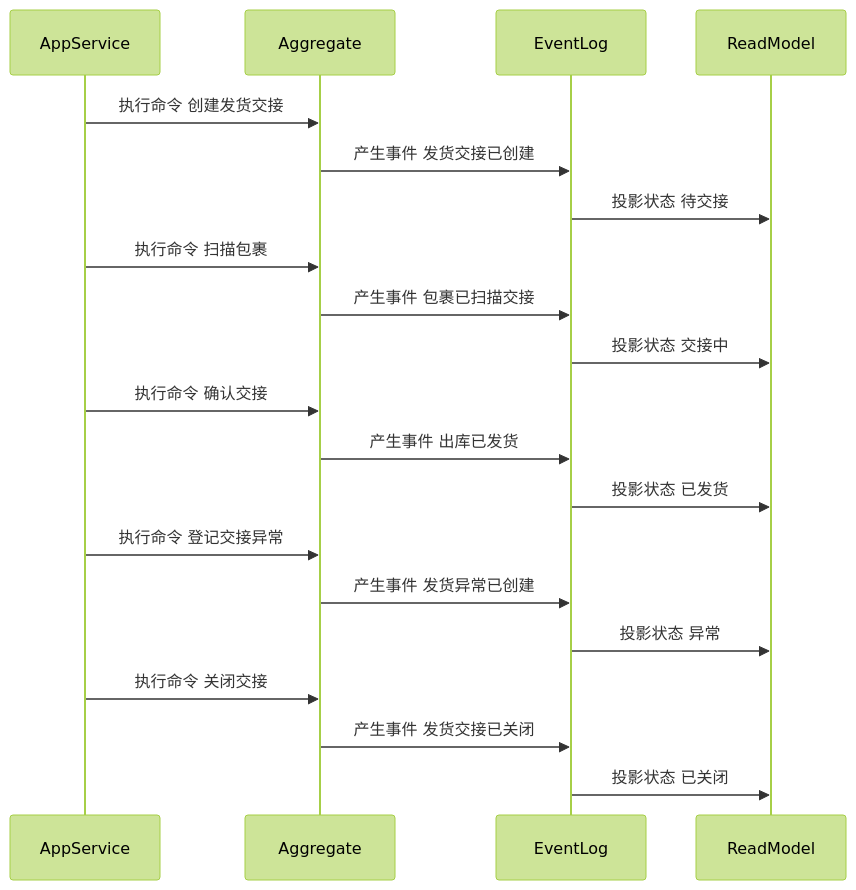
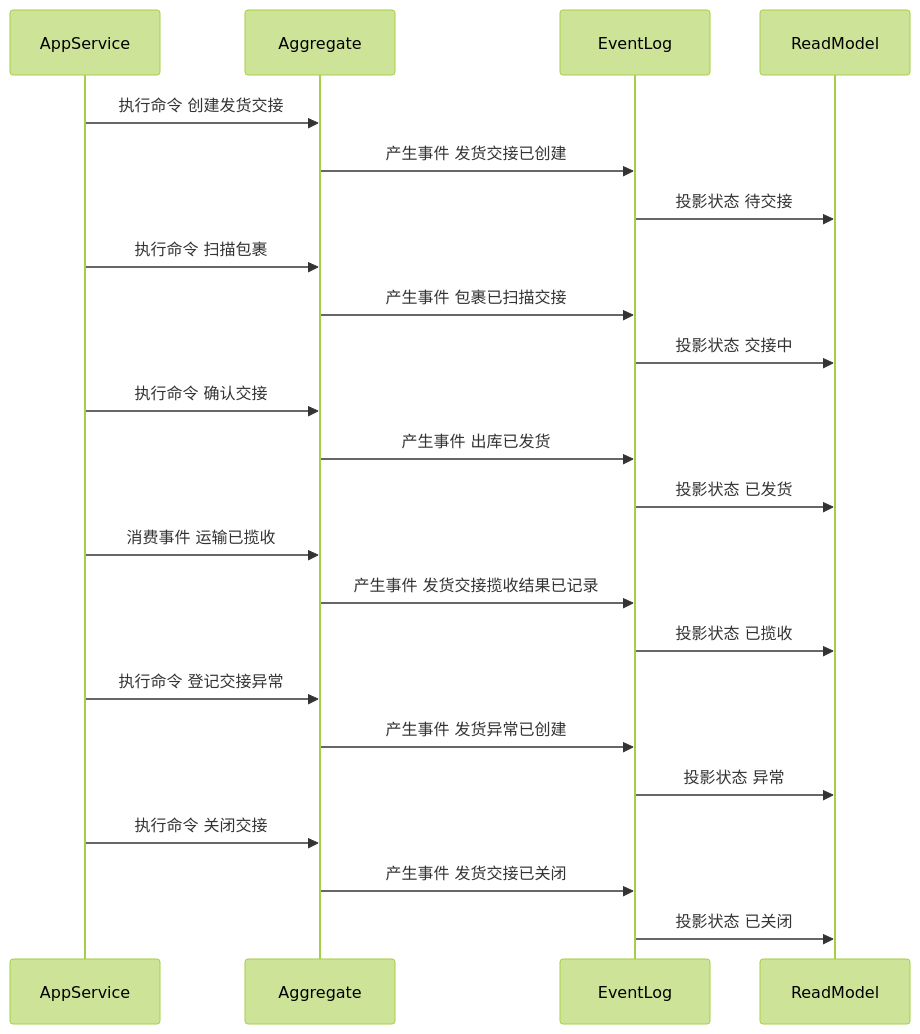
One commit to chao1927/scm changed the sixth of 6 diagrams in docs/03-核心业务模型/03-WMS领域模型/12-发货交接聚合CQRS设计.md. Above: the diagram before and after it, drawn with Mermaid (forest theme). The commit also changed other lines of this file and 118 other files, not shown here.

````diff
--- a/docs/03-核心业务模型/03-WMS领域模型/12-发货交接聚合CQRS设计.md
+++ b/docs/03-核心业务模型/03-WMS领域模型/12-发货交接聚合CQRS设计.md
@@ -258,23 +267,26 @@
 ```mermaid
 sequenceDiagram
     participant AppService
     participant Aggregate
     participant EventLog
     participant ReadModel
 
     AppService->>Aggregate: 执行命令 创建发货交接
     Aggregate->>EventLog: 产生事件 发货交接已创建
     EventLog->>ReadModel: 投影状态 待交接
     AppService->>Aggregate: 执行命令 扫描包裹
     Aggregate->>EventLog: 产生事件 包裹已扫描交接
     EventLog->>ReadModel: 投影状态 交接中
     AppService->>Aggregate: 执行命令 确认交接
     Aggregate->>EventLog: 产生事件 出库已发货
     EventLog->>ReadModel: 投影状态 已发货
+    AppService->>Aggregate: 消费事件 运输已揽收
+    Aggregate->>EventLog: 产生事件 发货交接揽收结果已记录
+    EventLog->>ReadModel: 投影状态 已揽收
     AppService->>Aggregate: 执行命令 登记交接异常
     Aggregate->>EventLog: 产生事件 发货异常已创建
     EventLog->>ReadModel: 投影状态 异常
     AppService->>Aggregate: 执行命令 关闭交接
     Aggregate->>EventLog: 产生事件 发货交接已关闭
     EventLog->>ReadModel: 投影状态 已关闭
 ```
````
